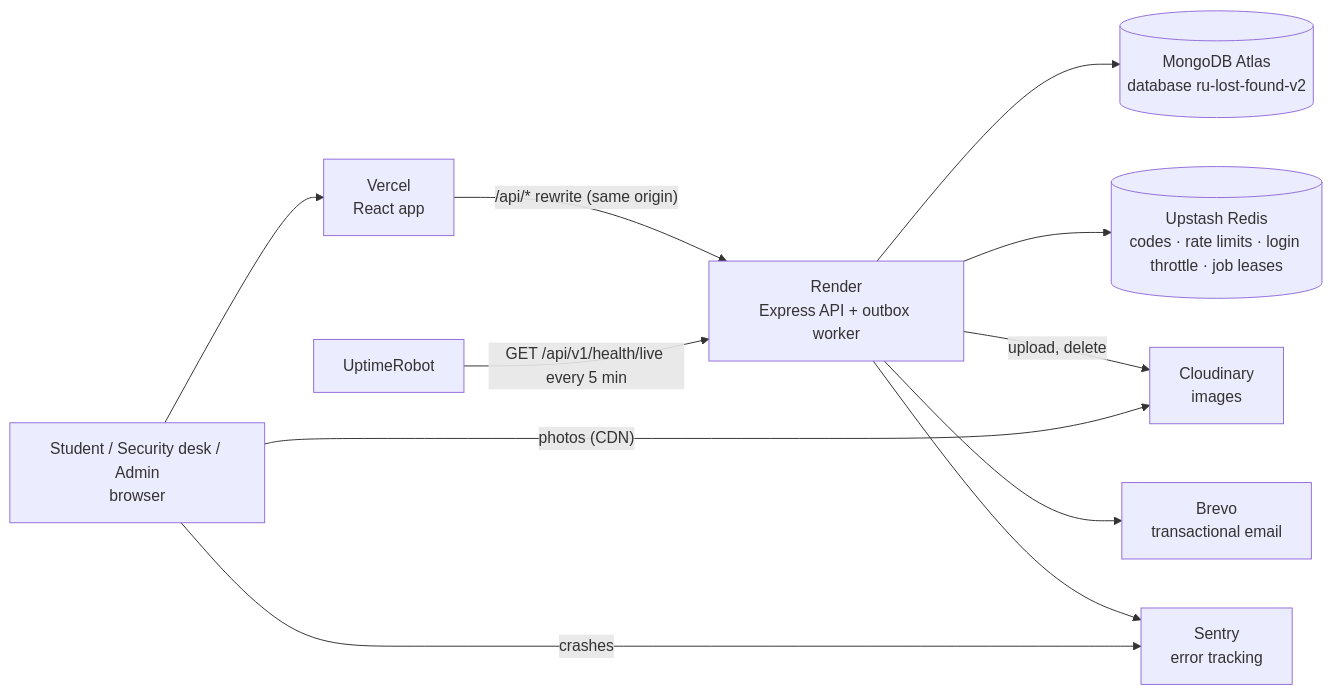
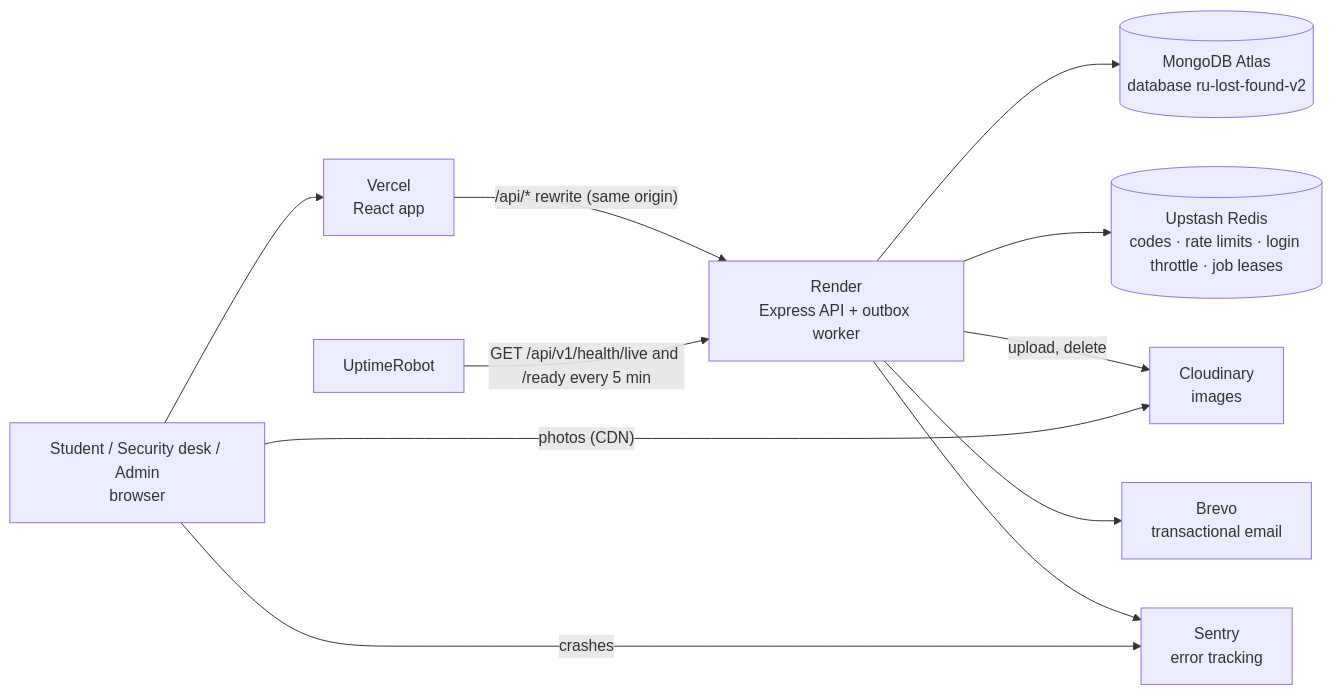
One commit to nox-pie/RU-Lost-Found changed the diagram in docs/architecture/backend.md. Above: the diagram before and after it, drawn with Mermaid. The commit also changed other lines of this file and 7 other files, not shown here.

````diff
--- a/docs/architecture/backend.md
+++ b/docs/architecture/backend.md
@@ -38,13 +38,13 @@
 ```mermaid
 flowchart LR
     U[Student / Security desk / Admin<br/>browser] --> V[Vercel<br/>React app]
     V -- "/api/* rewrite (same origin)" --> A[Render<br/>Express API + outbox worker]
     A --> M[(MongoDB Atlas<br/>database ru-lost-found-v2)]
     A --> R[(Upstash Redis<br/>codes · rate limits · login throttle · job leases)]
     A -- "upload, delete" --> C[Cloudinary<br/>images]
     U -- "photos (CDN)" --> C
     A --> B[Brevo<br/>transactional email]
     A --> S[Sentry<br/>error tracking]
     U -- "crashes" --> S
-    UR[UptimeRobot] -- "GET /api/v1/health/live every 5 min" --> A
+    UR[UptimeRobot] -- "GET /api/v1/health/live and /ready every 5 min" --> A
 ```
````
